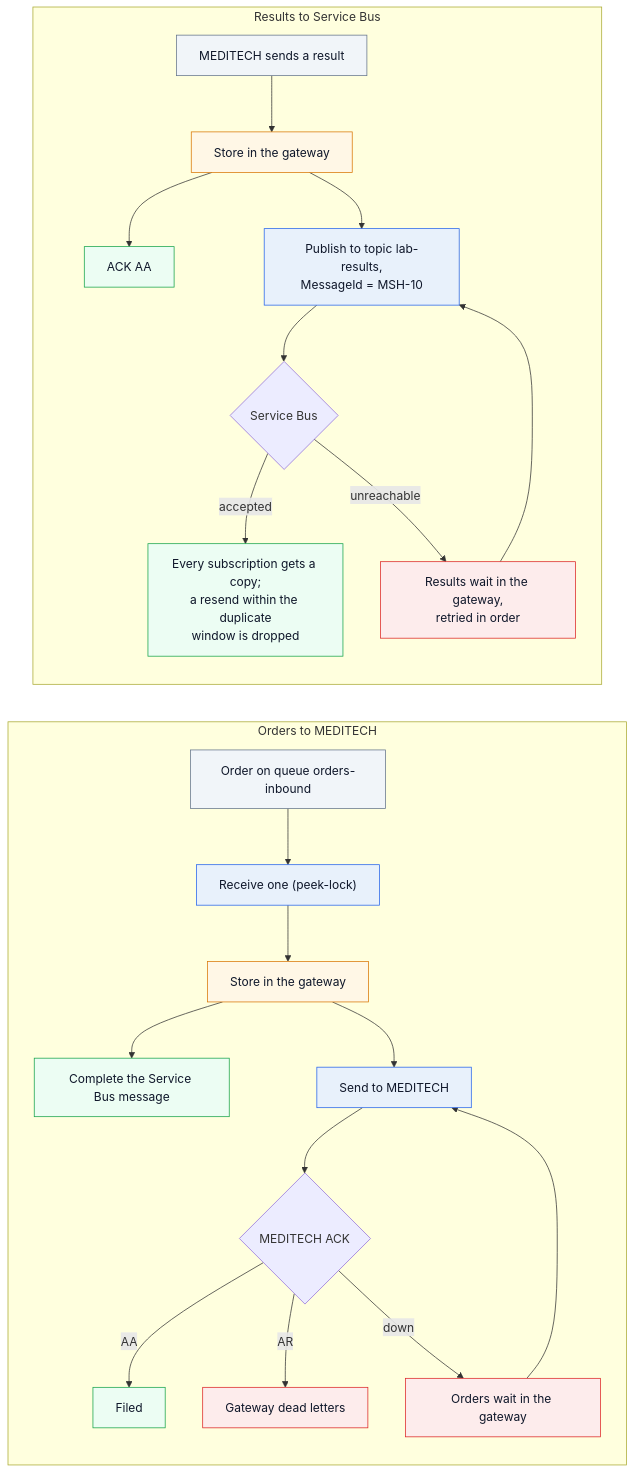
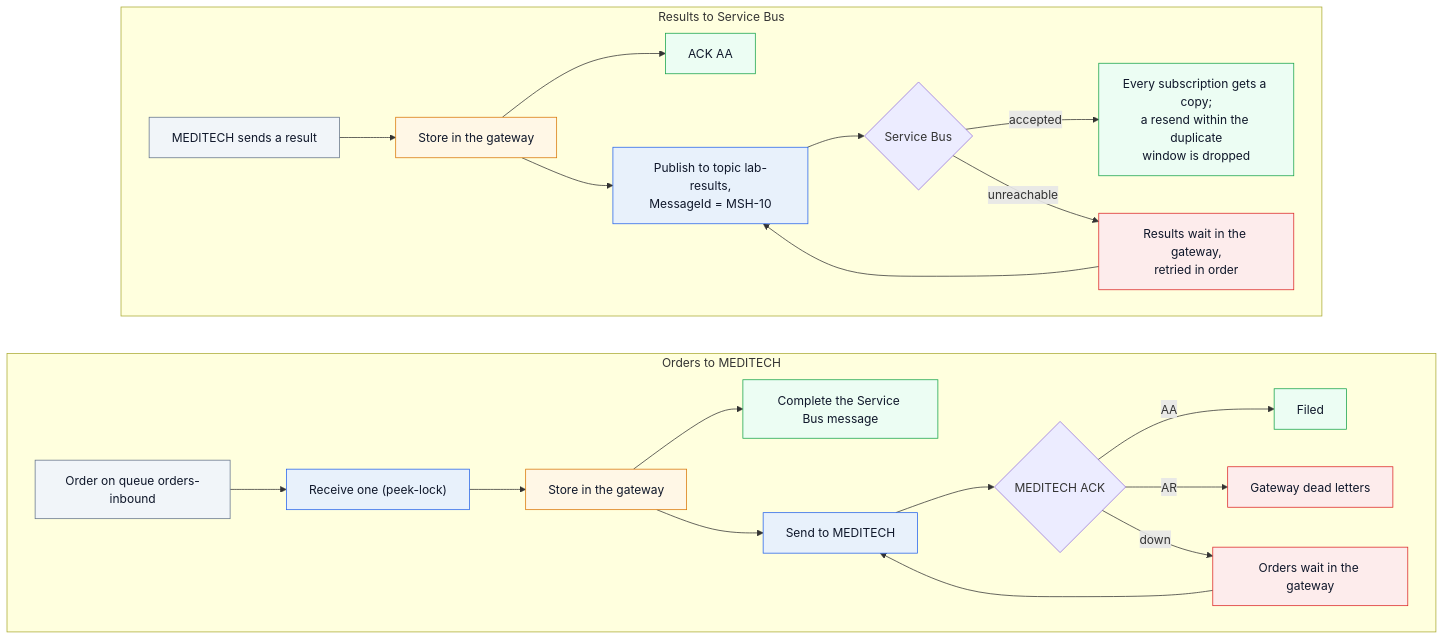
The diagram in 03-azure-service-bus/diagrams/data-flow.mmd (lambogenius/hl7-edge-gateway-examples), drawn with Mermaid before and after one commit. The commit also changed 30 other files, not shown here.

Commit message:
Diagrams at full size, with tall data flows laid out to fit a page

```diff
--- a/03-azure-service-bus/diagrams/data-flow.mmd
+++ b/03-azure-service-bus/diagrams/data-flow.mmd
@@ -1,24 +1,25 @@
-flowchart LR
+flowchart TB
   subgraph IN["Orders to MEDITECH"]
-    direction TB
+    direction LR
     O["Order on queue orders-inbound"]:::ext --> P["Receive one (peek-lock)"]:::gw --> S["Store in the gateway"]:::store
     S --> CM["Complete the Service Bus message"]:::ok
     S --> MD["Send to MEDITECH"]:::gw --> MA{"MEDITECH ACK"}
     MA -- AA --> DONE["Filed"]:::ok
     MA -- AR --> DL["Gateway dead letters"]:::bad
     MA -- "down" --> W["Orders wait in the gateway"]:::bad --> MD
   end
   subgraph OUT["Results to Service Bus"]
-    direction TB
+    direction LR
     A["MEDITECH sends a result"]:::ext --> B["Store in the gateway"]:::store --> C["ACK AA"]:::ok
     B --> D["Publish to topic lab-results,<br/>MessageId = MSH-10"]:::gw
     D --> E{"Service Bus"}
     E -- accepted --> F["Every subscription gets a copy;<br/>a resend within the duplicate<br/>window is dropped"]:::ok
     E -- "unreachable" --> R["Results wait in the gateway,<br/>retried in order"]:::bad --> D
   end
+  OUT ~~~ IN
 
   classDef gw fill:#e8f1fb,stroke:#2563eb,color:#0f172a
   classDef store fill:#fff7e6,stroke:#d97706,color:#0f172a
   classDef ext fill:#f1f5f9,stroke:#64748b,color:#0f172a
   classDef bad fill:#fdecec,stroke:#dc2626,color:#0f172a
   classDef ok fill:#ecfdf3,stroke:#16a34a,color:#0f172a
```
